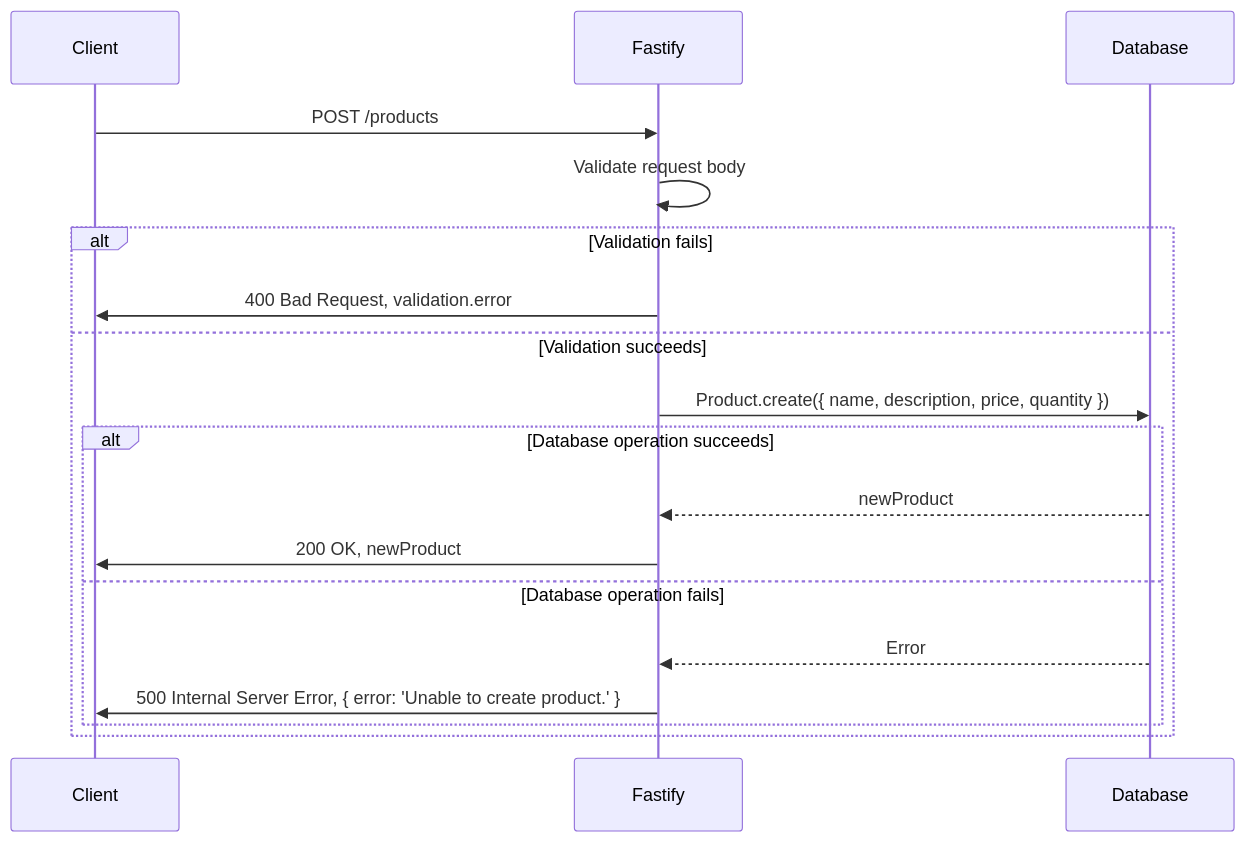
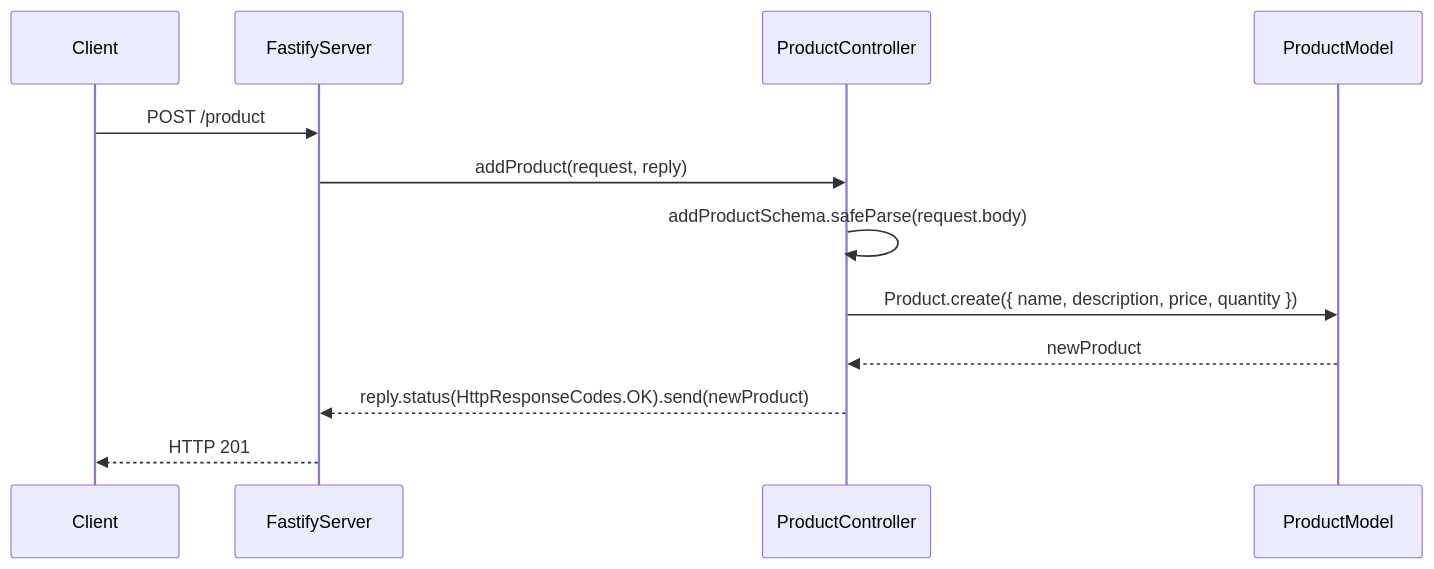
The first of 4 diagrams in src/modules/product/README.md (JohnsonJay/pos), drawn with Mermaid before and after one commit. The commit also changed other lines of this file, not shown here.

Commit message:
sequence diagrams for products module

````diff
--- a/src/modules/product/README.md
+++ b/src/modules/product/README.md
@@ -4,22 +4,15 @@
 ```mermaid
 sequenceDiagram
     participant Client
-    participant Fastify
-    participant Database
+    participant FastifyServer
+    participant ProductController
+    participant ProductModel
 
-    Client->>Fastify: POST /products
-    Fastify->>Fastify: Validate request body
-    alt Validation fails
-        Fastify->>Client: 400 Bad Request, validation.error
-    else Validation succeeds
-        Fastify->>Database: Product.create({ name, description, price, quantity })
-        alt Database operation succeeds
-            Database-->>Fastify: newProduct
-            Fastify->>Client: 200 OK, newProduct
-        else Database operation fails
-            Database-->>Fastify: Error
-            Fastify->>Client: 500 Internal Server Error, { error: 'Unable to create product.' }
-        end
-    end
-
+    Client->>FastifyServer: POST /product
+    FastifyServer->>ProductController: addProduct(request, reply)
+    ProductController->>ProductController: addProductSchema.safeParse(request.body)
+    ProductController->>ProductModel: Product.create({ name, description, price, quantity })
+    ProductModel-->>ProductController: newProduct
+    ProductController-->>FastifyServer: reply.status(HttpResponseCodes.OK).send(newProduct)
+    FastifyServer-->>Client: HTTP 201
 ```
````
